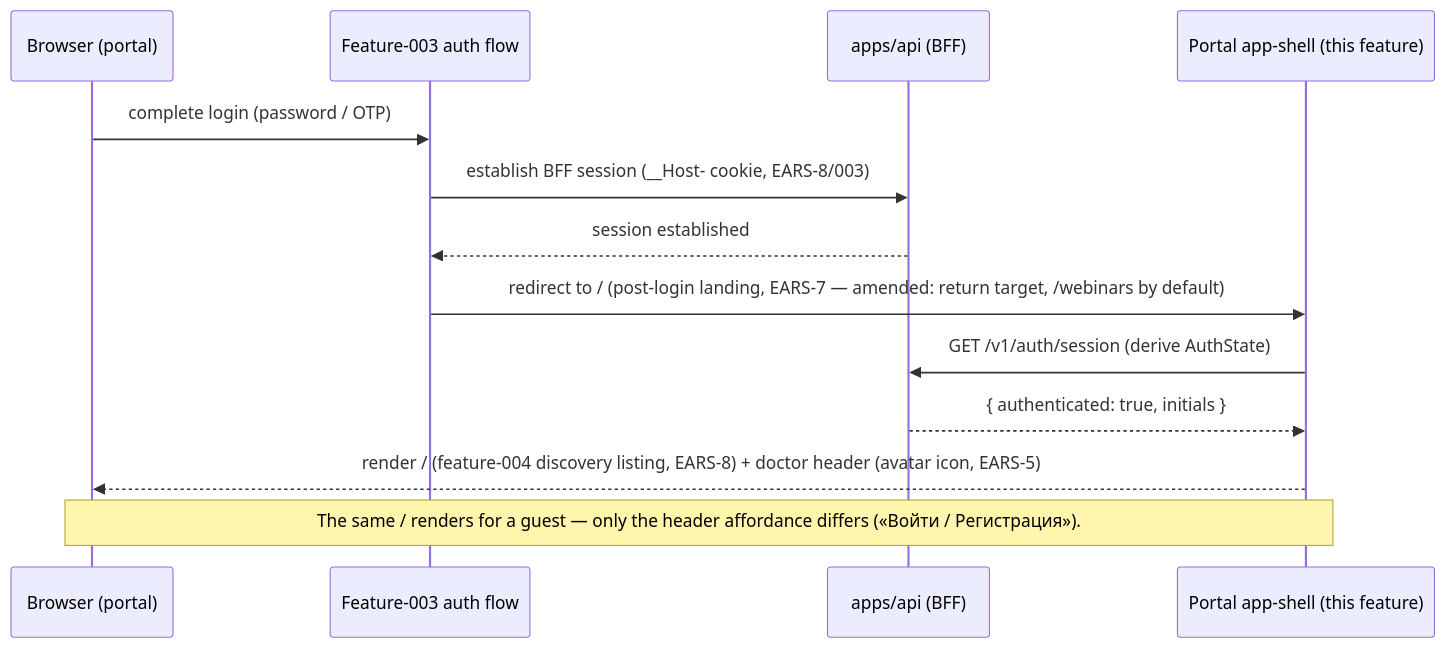
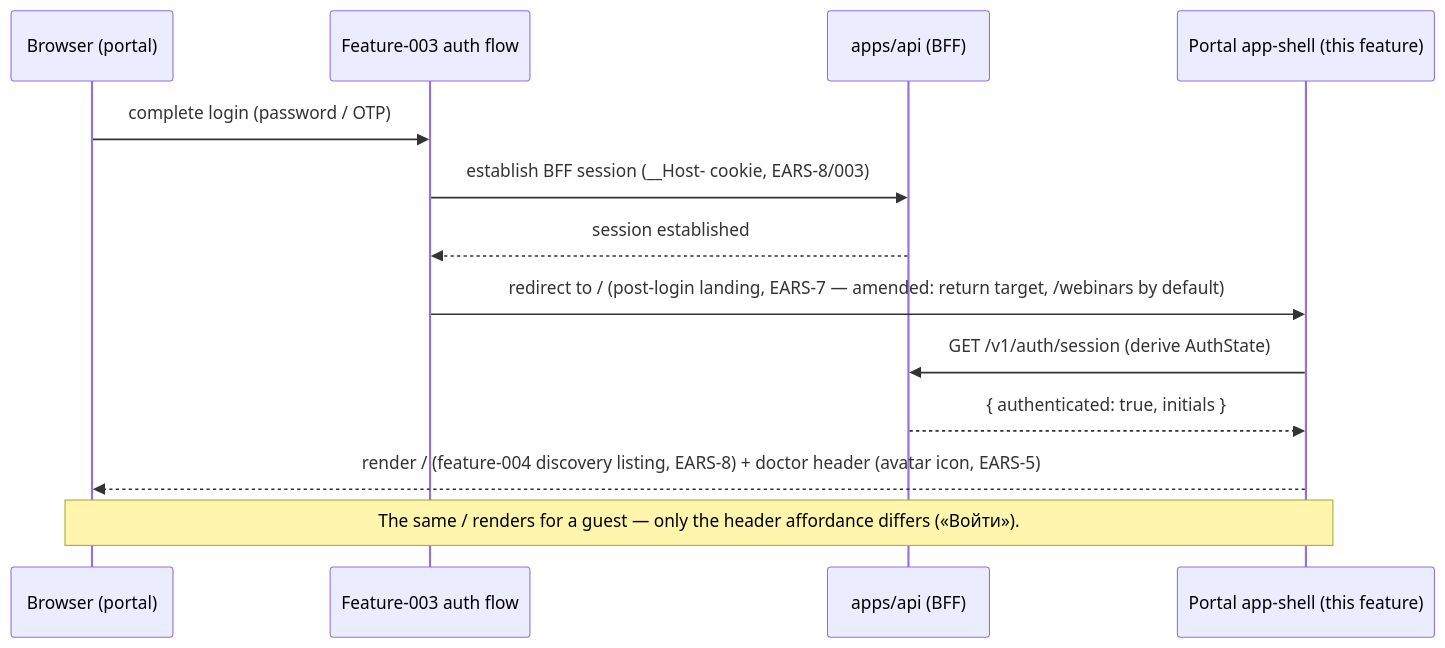
The fourth of 4 diagrams in apps/docs/content/specs/features/008-portal-shell/008-design.md (doctor-school/ds-platform), drawn with Mermaid before and after one commit. The commit also changed other lines of this file and 9 other files, not shown here.

````diff
--- a/apps/docs/content/specs/features/008-portal-shell/008-design.md
+++ b/apps/docs/content/specs/features/008-portal-shell/008-design.md
@@ -98,15 +104,15 @@
 ```mermaid
 sequenceDiagram
   participant B as Browser (portal)
   participant AUTH as Feature-003 auth flow
   participant API as apps/api (BFF)
   participant SHELL as Portal app-shell (this feature)
   B->>AUTH: complete login (password / OTP)
   AUTH->>API: establish BFF session (__Host- cookie, EARS-8/003)
   API-->>AUTH: session established
   AUTH->>SHELL: redirect to / (post-login landing, EARS-7 — amended: return target, /webinars by default)
   SHELL->>API: GET /v1/auth/session (derive AuthState)
   API-->>SHELL: { authenticated: true, initials }
   SHELL-->>B: render / (feature-004 discovery listing, EARS-8) + doctor header (avatar icon, EARS-5)
-  Note over SHELL,B: The same / renders for a guest — only the header affordance differs («Войти / Регистрация»).
+  Note over SHELL,B: The same / renders for a guest — only the header affordance differs («Войти»).
 ```
````
